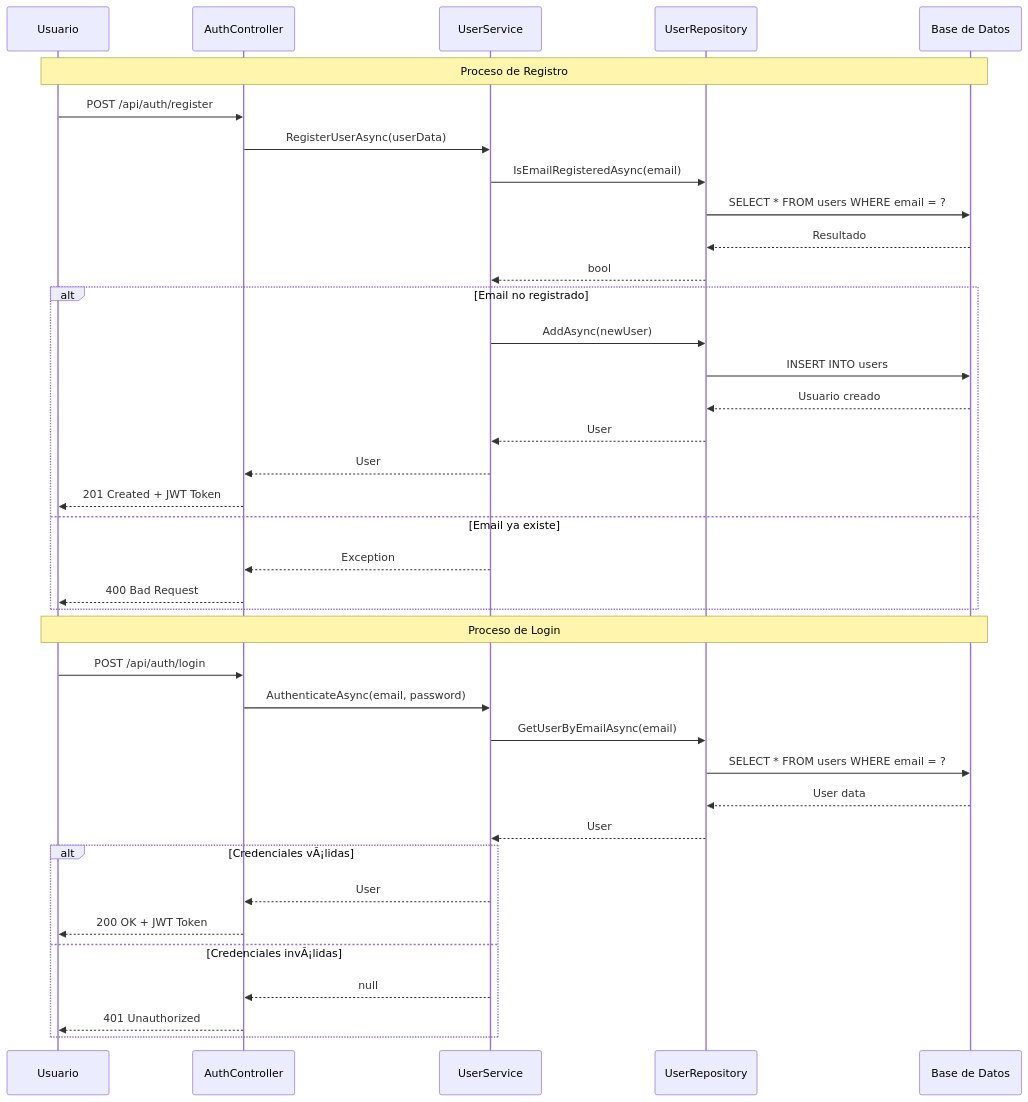
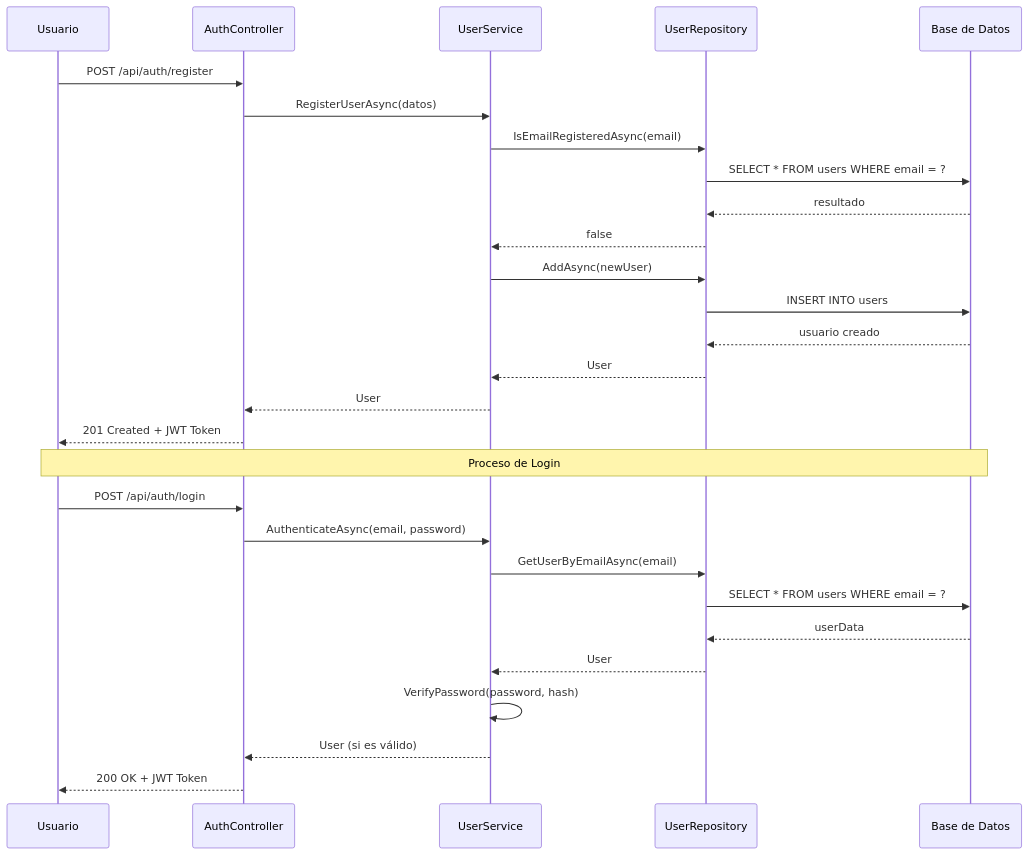
The second of 5 diagrams in diagrams/class-diagram.md (UPT-FAING-EPIS/examen-2025-ii-pds-u1-Wsalas651), drawn with Mermaid before and after one commit. The commit also changed other lines of this file, not shown here.

Commit message:
📊 Update class diagram [skip ci]

````diff
--- a/diagrams/class-diagram.md
+++ b/diagrams/class-diagram.md
@@ -210,44 +211,32 @@
 ```mermaid
 sequenceDiagram
     participant U as Usuario
     participant AC as AuthController
     participant US as UserService
     participant UR as UserRepository
     participant DB as Base de Datos
 
-    Note over U,DB: Proceso de Registro
     U->>AC: POST /api/auth/register
-    AC->>US: RegisterUserAsync(userData)
+    AC->>US: RegisterUserAsync(datos)
     US->>UR: IsEmailRegisteredAsync(email)
     UR->>DB: SELECT * FROM users WHERE email = ?
-    DB-->>UR: Resultado
-    UR-->>US: bool
-    
-    alt Email no registrado
-        US->>UR: AddAsync(newUser)
-        UR->>DB: INSERT INTO users
-        DB-->>UR: Usuario creado
-        UR-->>US: User
-        US-->>AC: User
-        AC-->>U: 201 Created + JWT Token
-    else Email ya existe
-        US-->>AC: Exception
-        AC-->>U: 400 Bad Request
-    end
+    DB-->>UR: resultado
+    UR-->>US: false
+    US->>UR: AddAsync(newUser)
+    UR->>DB: INSERT INTO users
+    DB-->>UR: usuario creado
+    UR-->>US: User
+    US-->>AC: User
+    AC-->>U: 201 Created + JWT Token
 
     Note over U,DB: Proceso de Login
     U->>AC: POST /api/auth/login
     AC->>US: AuthenticateAsync(email, password)
     US->>UR: GetUserByEmailAsync(email)
     UR->>DB: SELECT * FROM users WHERE email = ?
-    DB-->>UR: User data
+    DB-->>UR: userData
     UR-->>US: User
-    
-    alt Credenciales vÃ¡lidas
-        US-->>AC: User
-        AC-->>U: 200 OK + JWT Token
-    else Credenciales invÃ¡lidas
-        US-->>AC: null
-        AC-->>U: 401 Unauthorized
-    end
+    US->>US: VerifyPassword(password, hash)
+    US-->>AC: User (si es válido)
+    AC-->>U: 200 OK + JWT Token
 ```
````
